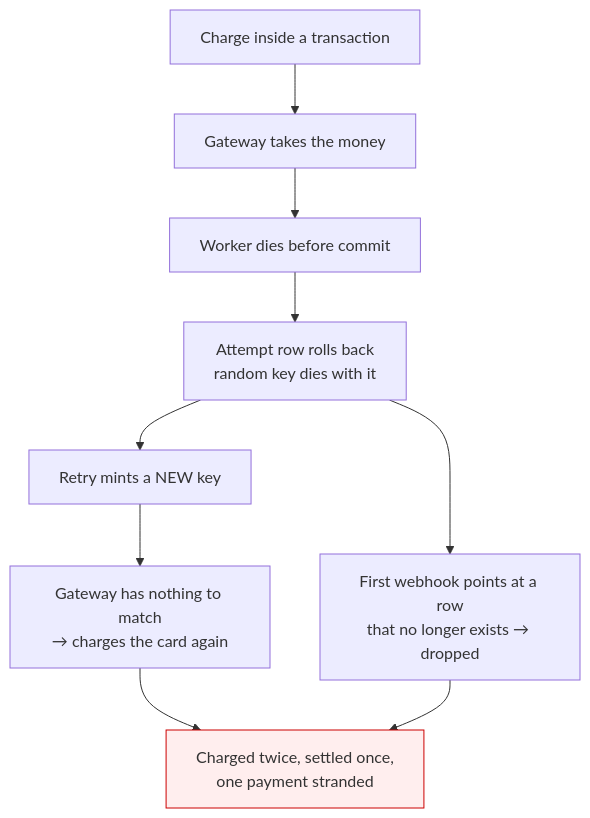
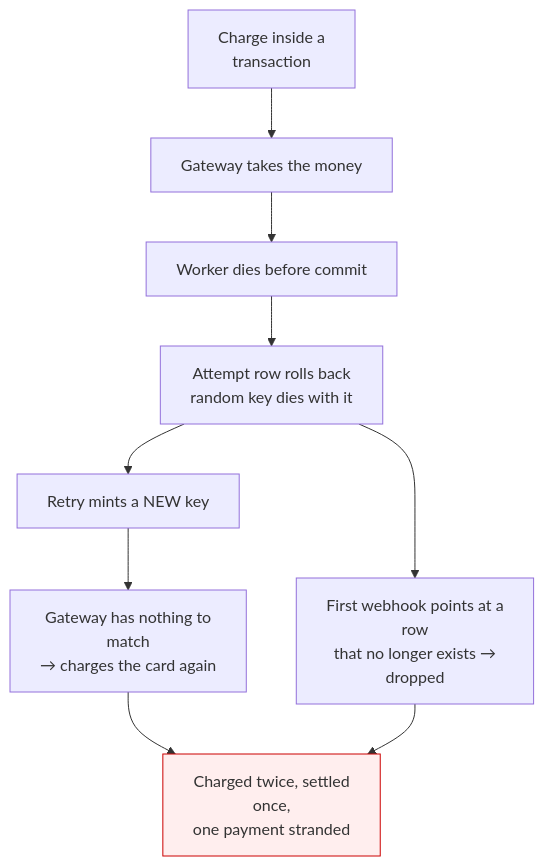
The third of 11 diagrams in billing-improvements-explained.md (saurabh6790/v2-billing-specs), drawn with Mermaid before and after one commit. The commit also changed other lines of this file and 27 other files, not shown here.

Commit message:
diagrams: render the excalidraw svgs, and the tool that makes them

````diff
--- a/billing-improvements-explained.md
+++ b/billing-improvements-explained.md
@@ -101,12 +109,21 @@
 ```mermaid
 flowchart TD
-    A["Charge inside a transaction"] --> B["Gateway takes the money"]
+    A["`Charge inside a
+transaction`"] --> B["Gateway takes the money"]
     B --> C["Worker dies before commit"]
-    C --> D["Attempt row rolls back<br/>random key dies with it"]
+    C --> D["`Attempt row rolls back
+random key dies with it`"]
     D --> E["Retry mints a NEW key"]
-    E --> F["Gateway has nothing to match<br/>→ charges the card again"]
-    D --> G["First webhook points at a row<br/>that no longer exists → dropped"]
-    F --> H["Charged twice, settled once,<br/>one payment stranded"]
+    E --> F["`Gateway has nothing to
+match
+→ charges the card again`"]
+    D --> G["`First webhook points at a
+row
+that no longer exists →
+dropped`"]
+    F --> H["`Charged twice, settled
+once,
+one payment stranded`"]
     G --> H
     style H fill:#fee,stroke:#c00
 ```
````
